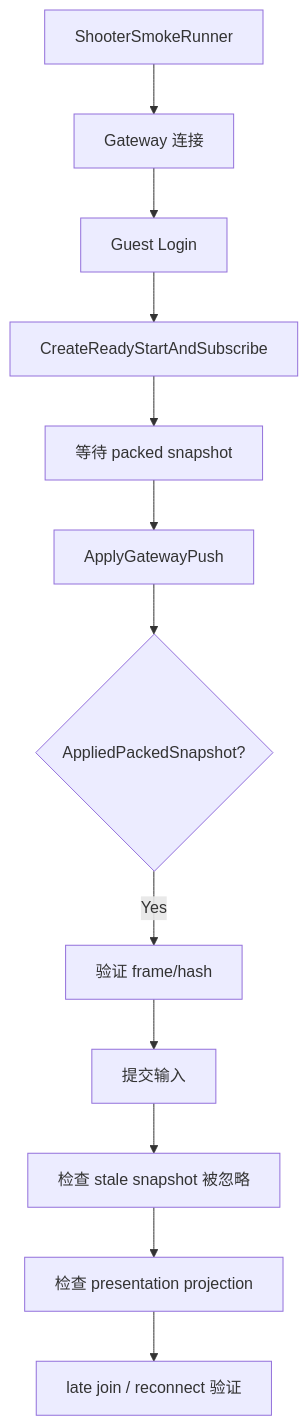
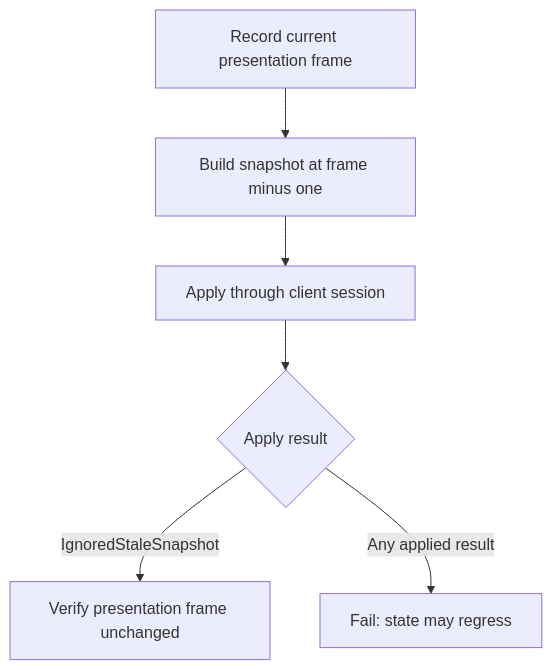
Before and after one commit to Kurumioi/AbilityKit: the third of 3 diagrams in Docs/design/09-ImplementationExamples/Shooter/07-SmokeValidationCases.md, drawn with Mermaid. The commit also changed other lines of this file and 118 other files, not shown here.

````diff
--- a/Docs/design/09-ImplementationExamples/Shooter/07-SmokeValidationCases.md
+++ b/Docs/design/09-ImplementationExamples/Shooter/07-SmokeValidationCases.md
@@ -18,14 +170,8 @@
 ```mermaid
 flowchart TD
-    A[ShooterSmokeRunner] --> B[Gateway 连接]
-    B --> C[Guest Login]
-    C --> D[CreateReadyStartAndSubscribe]
-    D --> E[等待 packed snapshot]
-    E --> F[ApplyGatewayPush]
-    F --> G{AppliedPackedSnapshot?}
-    G -->|Yes| H[验证 frame/hash]
-    H --> I[提交输入]
-    I --> J[检查 stale snapshot 被忽略]
-    J --> K[检查 presentation projection]
-    K --> L[late join / reconnect 验证]
+    A[Record current presentation frame] --> B[Build snapshot at frame minus one]
+    B --> C[Apply through client session]
+    C --> D{Apply result}
+    D -->|IgnoredStaleSnapshot| E[Verify presentation frame unchanged]
+    D -->|Any applied result| F[Fail: state may regress]
 ```
````
